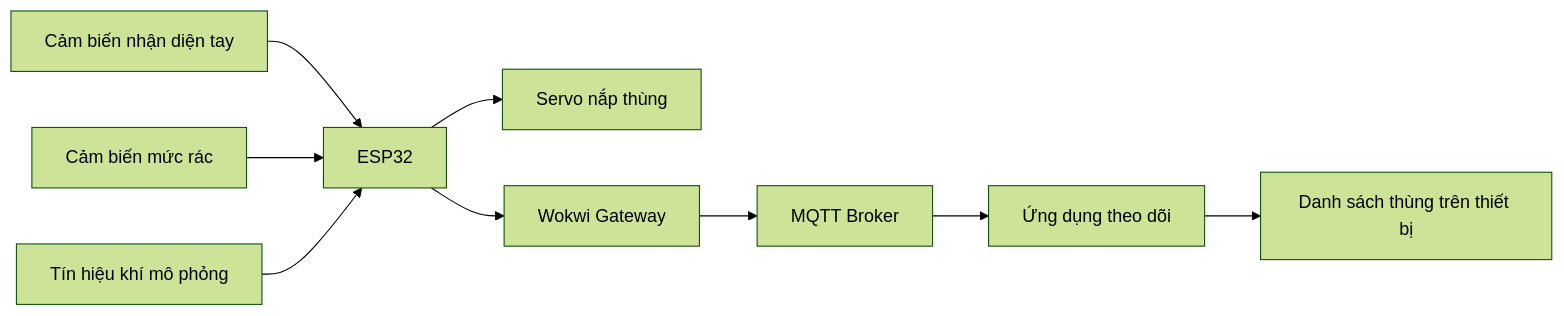
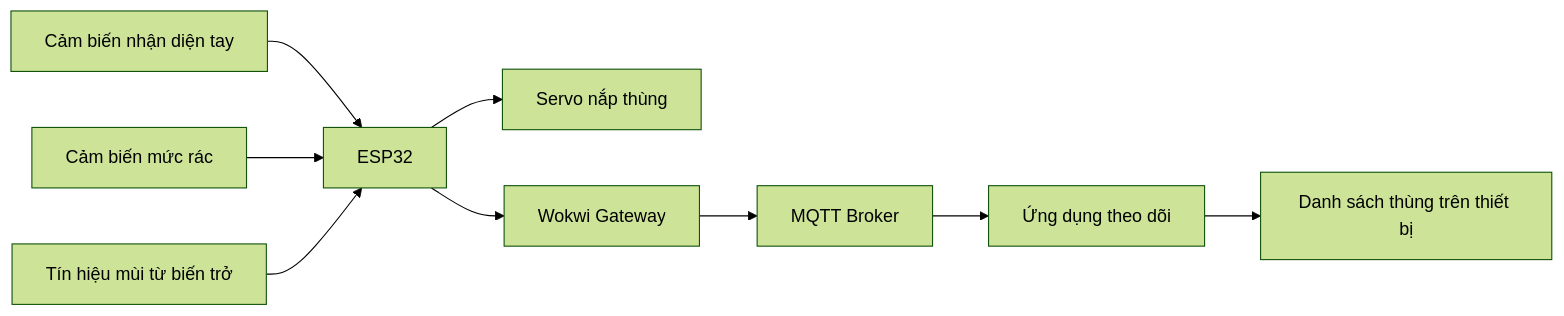
Before and after one commit to nck0911/SmartBin: the diagram in README.md, drawn with Mermaid (forest theme). The commit also changed other lines of this file and 3 other files, not shown here.

````diff
--- a/README.md
+++ b/README.md
@@ -78,11 +79,11 @@
 ```mermaid
 flowchart LR
     H[Cảm biến nhận diện tay] --> E[ESP32]
     T[Cảm biến mức rác] --> E
-    G[Tín hiệu khí mô phỏng] --> E
+    G[Tín hiệu mùi từ biến trở] --> E
     E --> S[Servo nắp thùng]
     E --> W[Wokwi Gateway]
     W --> B[MQTT Broker]
     B --> A[Ứng dụng theo dõi]
     A --> D[Danh sách thùng trên thiết bị]
 ```
````
